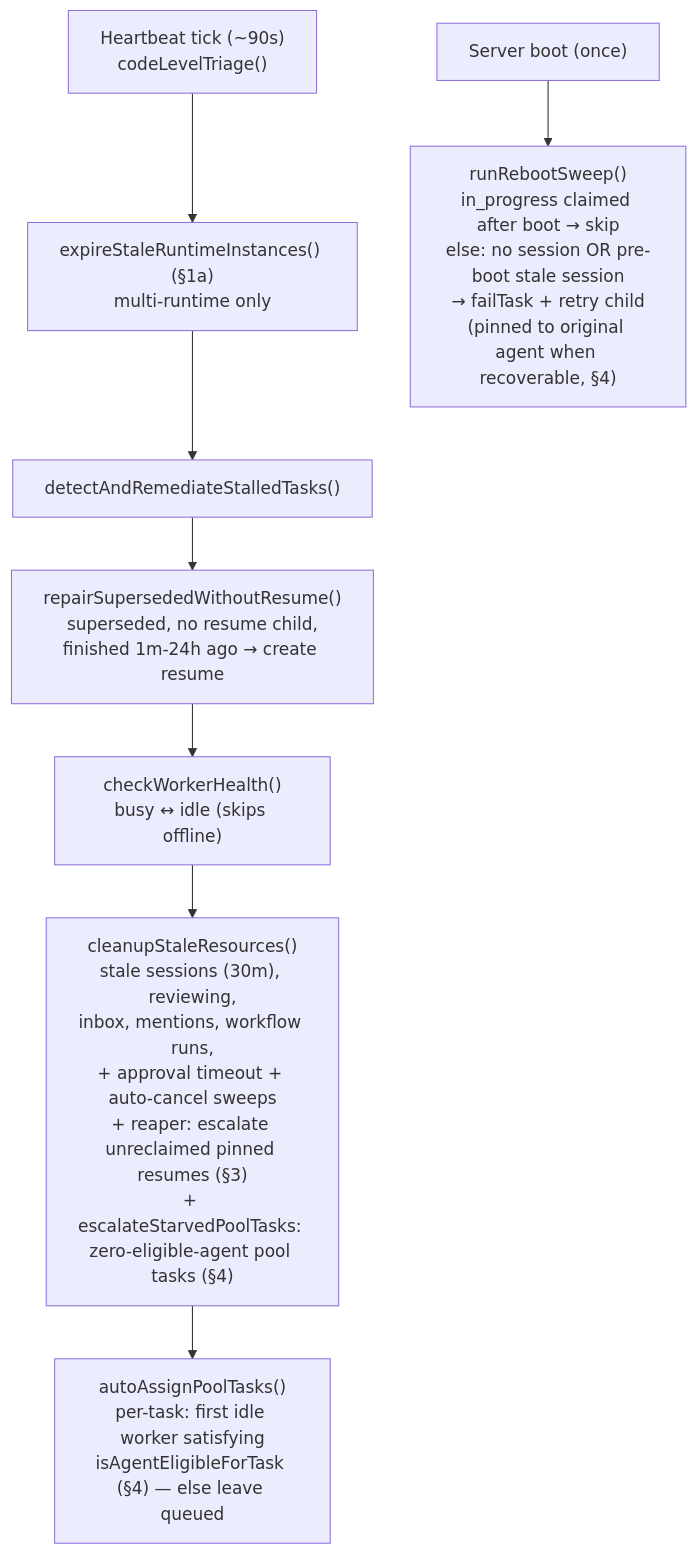
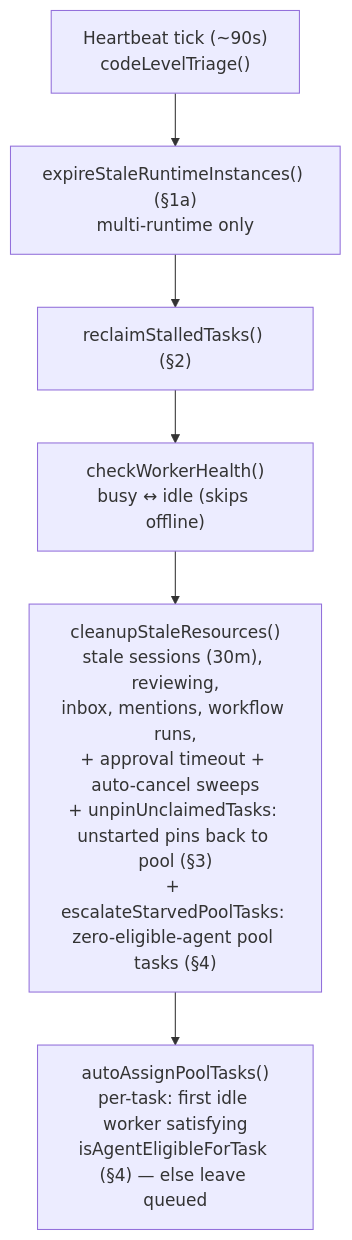
One commit to desplega-ai/agent-swarm changed the first of 4 diagrams in runbooks/heartbeat-crash-recovery.md. Above: the diagram before and after it, drawn with Mermaid. The commit also changed other lines of this file and 30 other files, not shown here.

Commit message:
feat(heartbeat): reclaim stalled tasks in place and unpin unclaimed pins (HeartbeatSimple)

````diff
--- a/runbooks/heartbeat-crash-recovery.md
+++ b/runbooks/heartbeat-crash-recovery.md
@@ -15,11 +15,8 @@
 ```mermaid
 flowchart TD
   tick["Heartbeat tick (~90s)<br/>codeLevelTriage()"] --> expire["expireStaleRuntimeInstances() (§1a)<br/>multi-runtime only"]
-  expire --> detect["detectAndRemediateStalledTasks()"]
-  detect --> repair["repairSupersededWithoutResume()<br/>superseded, no resume child,<br/>finished 1m-24h ago → create resume"]
-  repair --> health["checkWorkerHealth()<br/>busy ↔ idle (skips offline)"]
-  health --> cleanup["cleanupStaleResources()<br/>stale sessions (30m), reviewing,<br/>inbox, mentions, workflow runs,<br/>+ approval timeout + auto-cancel sweeps<br/>+ reaper: escalate unreclaimed pinned resumes (§3)<br/>+ escalateStarvedPoolTasks: zero-eligible-agent pool tasks (§4)"]
+  expire --> detect["reclaimStalledTasks() (§2)"]
+  detect --> health["checkWorkerHealth()<br/>busy ↔ idle (skips offline)"]
+  health --> cleanup["cleanupStaleResources()<br/>stale sessions (30m), reviewing,<br/>inbox, mentions, workflow runs,<br/>+ approval timeout + auto-cancel sweeps<br/>+ unpinUnclaimedTasks: unstarted pins back to pool (§3)<br/>+ escalateStarvedPoolTasks: zero-eligible-agent pool tasks (§4)"]
   cleanup --> assign["autoAssignPoolTasks()<br/>per-task: first idle worker satisfying<br/>isAgentEligibleForTask (§4) — else leave queued"]
-
-  boot["Server boot (once)"] --> reboot["runRebootSweep()<br/>in_progress claimed after boot → skip<br/>else: no session OR pre-boot stale session<br/>→ failTask + retry child<br/>(pinned to original agent when recoverable, §4)"]
 ```
````
